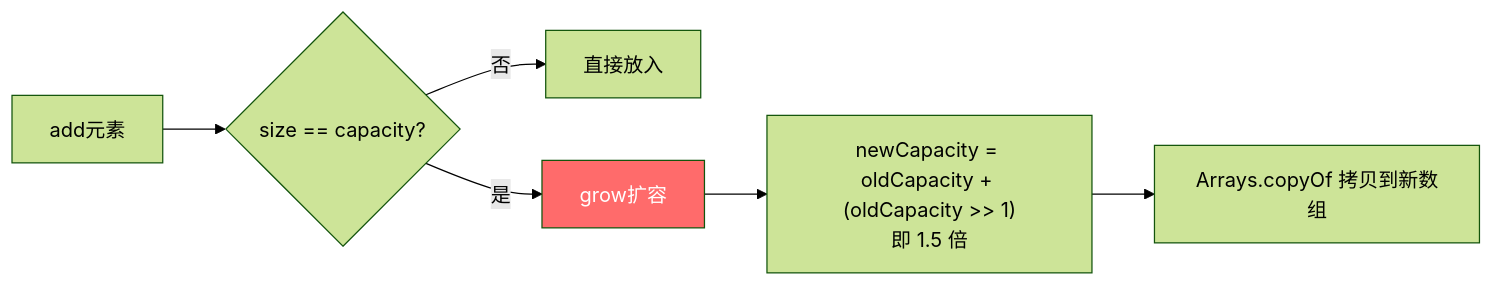
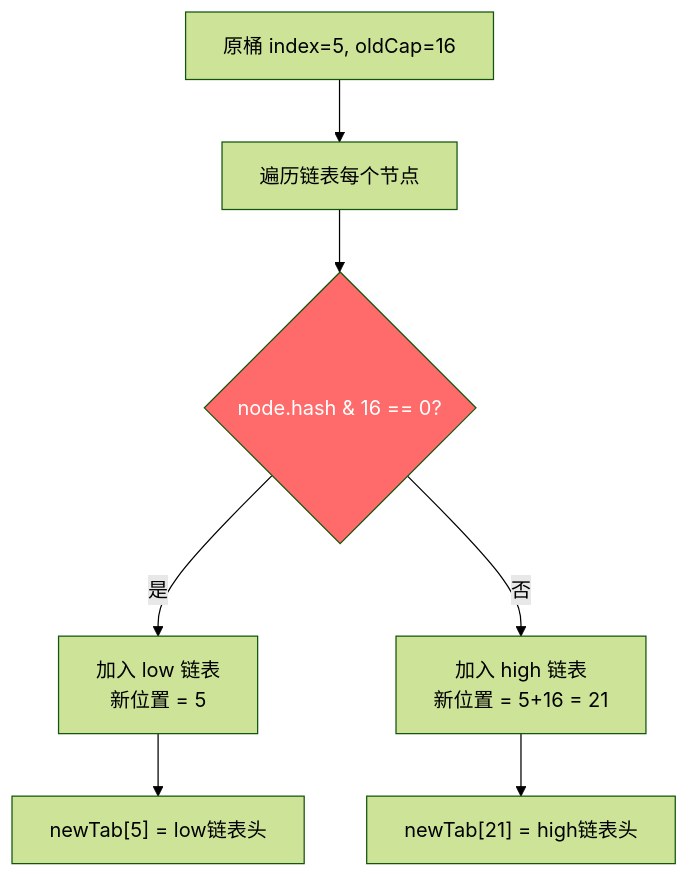
Before and after one commit to qigao0787-ops/gq-test: diagram 12 of 24 in document/strengthen/Java基础面试总结_增强版.md, drawn with Mermaid (forest theme). The commit also changed other lines of this file, not shown here.

````diff
--- a/document/strengthen/Java基础面试总结_增强版.md
+++ b/document/strengthen/Java基础面试总结_增强版.md
@@ -504,10 +939,11 @@
 ```mermaid
-flowchart LR
-    A[add元素] --> B{size == capacity?}
-    B -->|否| C[直接放入]
-    B -->|是| D[grow扩容]
-    D --> E["newCapacity = oldCapacity + (oldCapacity >> 1)<br/>即 1.5 倍"]
-    E --> F[Arrays.copyOf 拷贝到新数组]
+flowchart TD
+    A["原桶 index=5, oldCap=16"] --> B["遍历链表每个节点"]
+    B --> C{"node.hash & 16 == 0?"}
+    C -->|是| D["加入 low 链表<br/>新位置 = 5"]
+    C -->|否| E["加入 high 链表<br/>新位置 = 5+16 = 21"]
+    D --> F["newTab[5] = low链表头"]
+    E --> G["newTab[21] = high链表头"]
 
-    style D fill:#ff6b6b,color:#fff
+    style C fill:#ff6b6b,color:#fff
 ```
````
